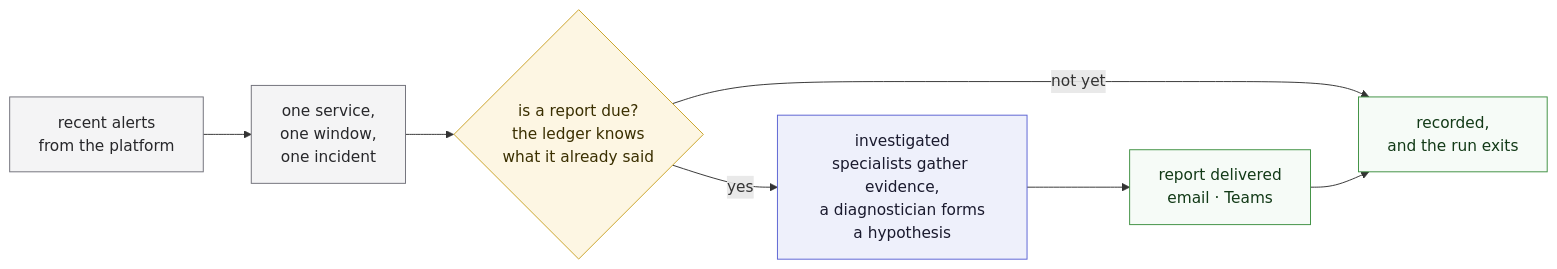
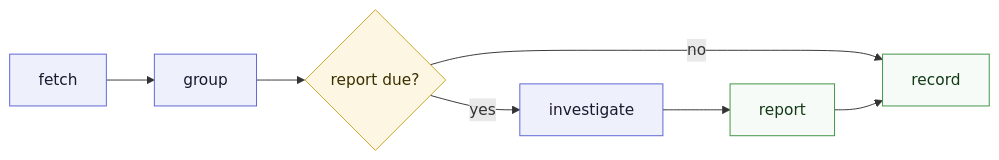
Before and after one commit to EduardoFLima/alert-triage: the diagram in README.md, drawn with Mermaid. The commit also changed other lines of this file and 2 other files, not shown here.

````diff
--- a/README.md
+++ b/README.md
@@ -15,19 +15,17 @@
 ```mermaid
 flowchart LR
-    alerts["recent alerts<br/>from the platform"] --> grouped["one service,<br/>one window,<br/>one incident"]
-    grouped --> due{"is a report due?<br/>the ledger knows<br/>what it already said"}
-    due -- "not yet" --> recorded["recorded,<br/>and the run exits"]
-    due -- "yes" --> investigated["investigated<br/>specialists gather evidence,<br/>a diagnostician forms<br/>a hypothesis"]
-    investigated --> delivered["report delivered<br/>email · Teams"]
-    delivered --> recorded
+    fetch["fetch"] --> group["group"]
+    group --> due{"report due?"}
+    due -- "no" --> record["record"]
+    due -- "yes" --> investigate["investigate"]
+    investigate --> report["report"]
+    report --> record
 
-    classDef inClass fill:#f4f4f5,stroke:#71717a,color:#27272a
-    classDef decideClass fill:#fdf6e3,stroke:#c9a227,color:#3a2f00
-    classDef workClass fill:#eef0fb,stroke:#5b63d3,color:#1a1a2e
-    classDef outClass fill:#f6fbf7,stroke:#3f9142,color:#123a17
+    classDef step fill:#eef0fb,stroke:#5b63d3,color:#1a1a2e
+    classDef gate fill:#fdf6e3,stroke:#c9a227,color:#3a2f00
+    classDef done fill:#f6fbf7,stroke:#3f9142,color:#123a17
 
-    class alerts,grouped inClass
-    class due decideClass
-    class investigated workClass
-    class delivered,recorded outClass
+    class fetch,group,investigate step
+    class due gate
+    class report,record done
 ```
````
